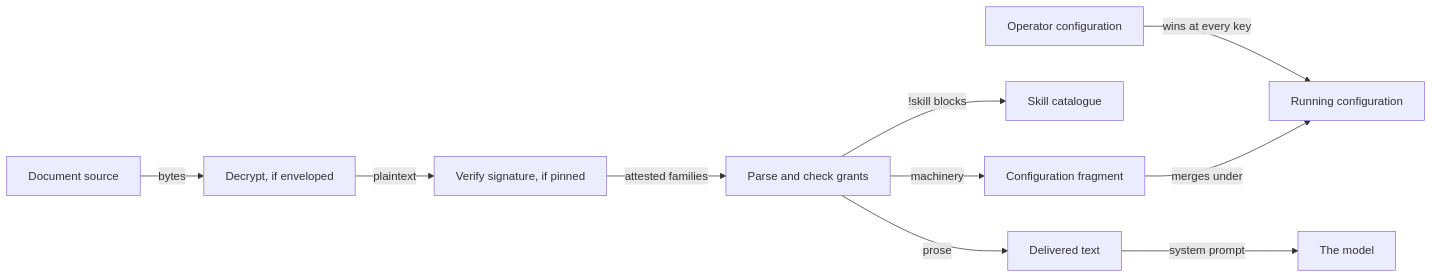
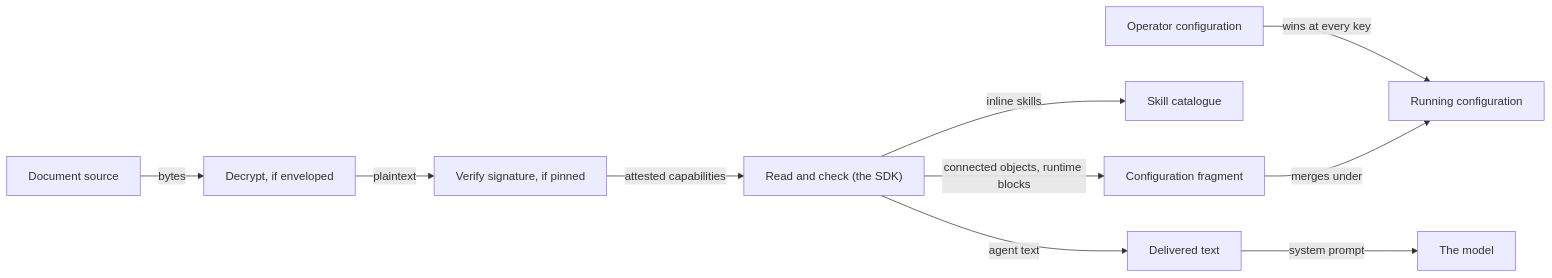
The first of 3 diagrams in docs/directives.md (agentd-dev/source-code), drawn with Mermaid before and after one commit. The commit also changed other lines of this file and 30 other files, not shown here.

First line of the commit message:
docs: instruction documents are instruction/1, read by the instruction.md SDK

````diff
--- a/docs/directives.md
+++ b/docs/directives.md
@@ -79,12 +84,12 @@
 ```mermaid
 flowchart LR
   SRC["Document source"] -->|"bytes"| DEC["Decrypt, if enveloped"]
   DEC -->|"plaintext"| SIG["Verify signature, if pinned"]
-  SIG -->|"attested families"| PARSE["Parse and check grants"]
-  PARSE -->|"machinery"| FRAG["Configuration fragment"]
-  PARSE -->|"!skill blocks"| CAT["Skill catalogue"]
-  PARSE -->|"prose"| DEL["Delivered text"]
+  SIG -->|"attested capabilities"| READ["Read and check (the SDK)"]
+  READ -->|"connected objects, runtime blocks"| FRAG["Configuration fragment"]
+  READ -->|"inline skills"| CAT["Skill catalogue"]
+  READ -->|"agent text"| DEL["Delivered text"]
   OP["Operator configuration"] -->|"wins at every key"| RUN["Running configuration"]
   FRAG -->|"merges under"| RUN
   DEL -->|"system prompt"| MODEL["The model"]
 ```
````
